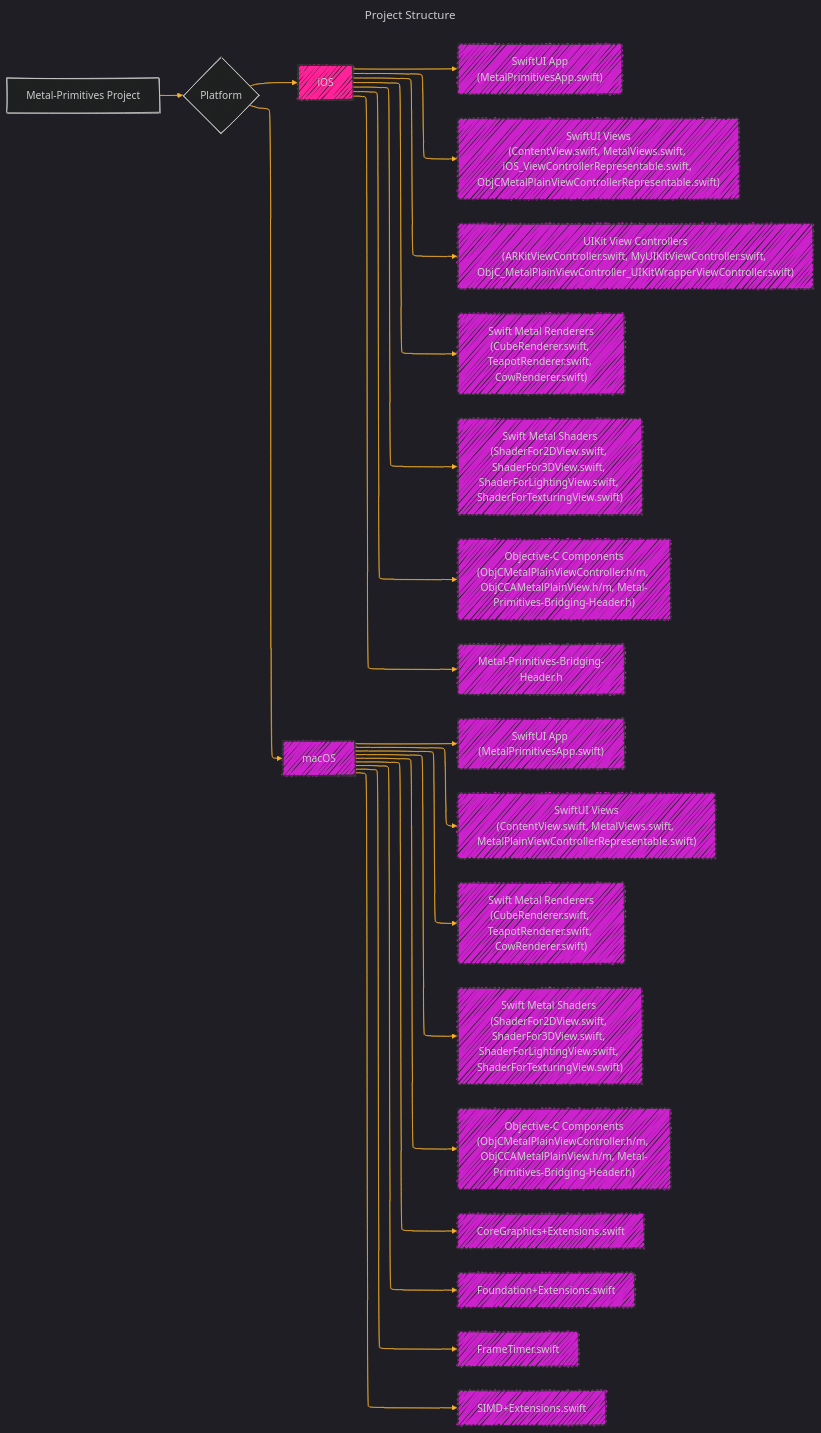
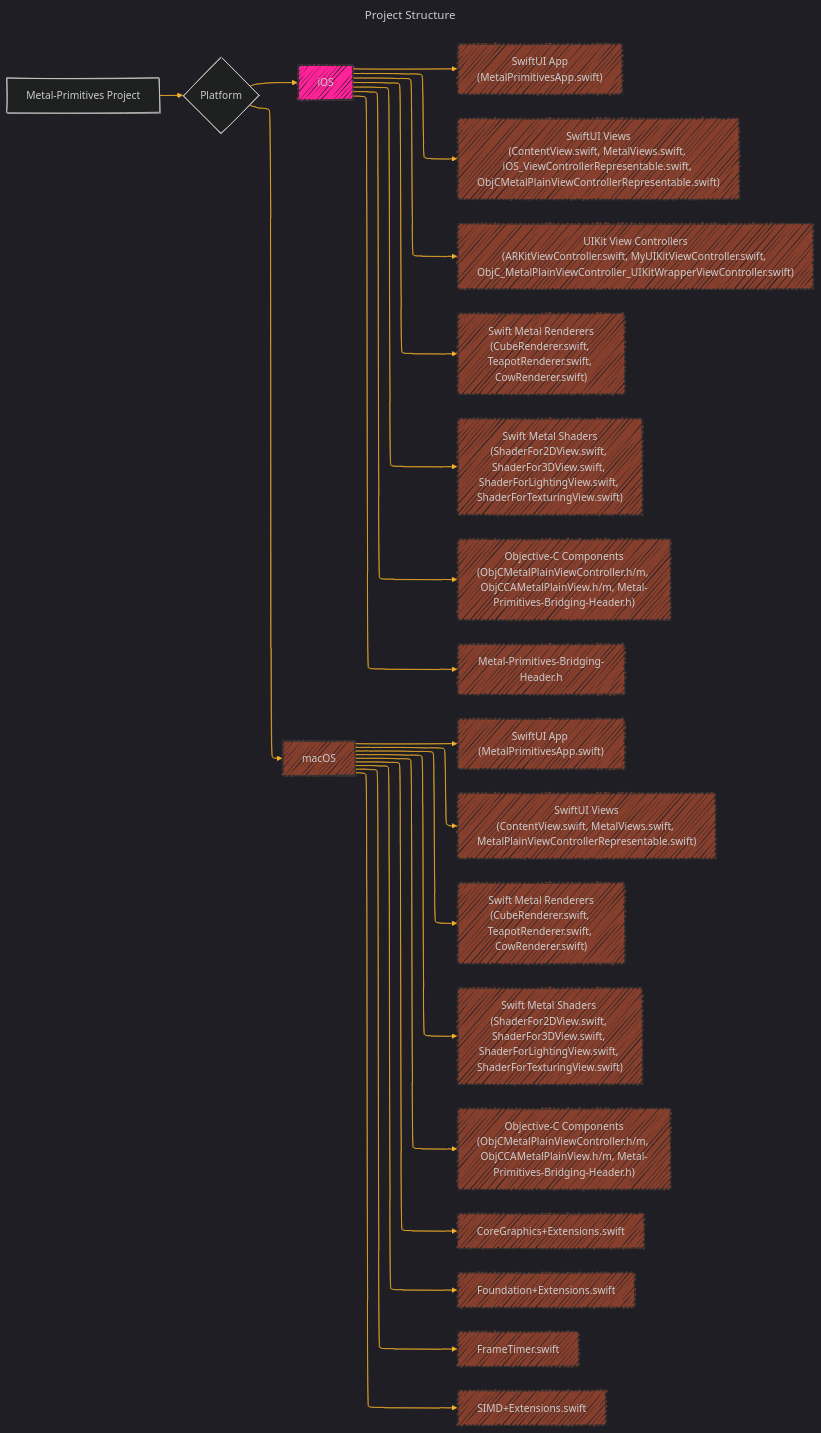
Before and after one commit to CongLeSolutionX/Metal-Primitives: the first of 8 diagrams in Documentation_Consolidated_Version_Draft_2.md, drawn with Mermaid.

````diff
--- a/Documentation_Consolidated_Version_Draft_2.md
+++ b/Documentation_Consolidated_Version_Draft_2.md
@@ -33,81 +33,81 @@
 ```mermaid
 ---
 title: Project Structure
 config:
   layout: elk
   look: handDrawn
   theme: dark
 ---
 %%{
   init: {
     'fontFamily': 'verdana',
     'themeVariables': {
       'primaryColor': '#BB2528',
       'primaryTextColor': '#f529',
       'primaryBorderColor': '#7C0000',
       'lineColor': '#F8B229',
       'secondaryColor': '#006100',
       'tertiaryColor': '#fff'
     }
   }
 }%%
 graph LR
     A["Metal-Primitives Project"] --> B{"Platform"}
     B --> C["iOS"]
     B --> D["macOS"]
 
     C --> E["SwiftUI App<br>(MetalPrimitivesApp.swift)"]
     C --> F["SwiftUI Views<br>(ContentView.swift, MetalViews.swift, iOS_ViewControllerRepresentable.swift, ObjCMetalPlainViewControllerRepresentable.swift)"]
     C --> G["UIKit View Controllers<br>(ARKitViewController.swift, MyUIKitViewController.swift, ObjC_MetalPlainViewController_UIKitWrapperViewController.swift)"]
     C --> H["Swift Metal Renderers<br>(CubeRenderer.swift, TeapotRenderer.swift, CowRenderer.swift)"]
     C --> I["Swift Metal Shaders<br>(ShaderFor2DView.swift, ShaderFor3DView.swift, ShaderForLightingView.swift, ShaderForTexturingView.swift)"]
     C --> J["Objective-C Components<br>(ObjCMetalPlainViewController.h/m, ObjCCAMetalPlainView.h/m, Metal-Primitives-Bridging-Header.h)"]
     C --> K[Metal-Primitives-Bridging-Header.h]
 
     D --> L["SwiftUI App (MetalPrimitivesApp.swift)"]
     D --> M["SwiftUI Views<br>(ContentView.swift, MetalViews.swift, MetalPlainViewControllerRepresentable.swift)"]
     D --> N["Swift Metal Renderers<br>(CubeRenderer.swift, TeapotRenderer.swift, CowRenderer.swift)"]
     D --> O["Swift Metal Shaders (ShaderFor2DView.swift, ShaderFor3DView.swift, ShaderForLightingView.swift, ShaderForTexturingView.swift)"]
     D --> P["Objective-C Components<br>(ObjCMetalPlainViewController.h/m, ObjCCAMetalPlainView.h/m, Metal-Primitives-Bridging-Header.h)"]
     D --> Q["CoreGraphics+Extensions.swift"]
     D --> R["Foundation+Extensions.swift"]
     D --> S["FrameTimer.swift"]
     D --> T["SIMD+Extensions.swift"]
 
     style C fill:#f29f,stroke:#333,stroke-width:2px
-    style D fill:#c2cf,stroke:#333,stroke-width:2px
-    style E fill:#c2cf,stroke:#333,stroke-width:1px
-    style F fill:#c2cf,stroke:#333,stroke-width:1px
-    style G fill:#c2cf,stroke:#333,stroke-width:1px
-    style H fill:#c2cf,stroke:#333,stroke-width:1px
-    style I fill:#c2cf,stroke:#333,stroke-width:1px
-    style J fill:#c2cf,stroke:#333,stroke-width:1px
-    style K fill:#c2cf,stroke:#333,stroke-width:1px
-    style L fill:#c2cf,stroke:#333,stroke-width:1px
-    style M fill:#c2cf,stroke:#333,stroke-width:1px
-    style N fill:#c2cf,stroke:#333,stroke-width:1px
-    style O fill:#c2cf,stroke:#333,stroke-width:1px
-    style P fill:#c2cf,stroke:#333,stroke-width:1px
-    style Q fill:#c2cf,stroke:#333,stroke-width:1px
-    style R fill:#c2cf,stroke:#333,stroke-width:1px
-    style S fill:#c2cf,stroke:#333,stroke-width:1px
-    style T fill:#c2cf,stroke:#333,stroke-width:1px
+    style D fill:#c539,stroke:#333,stroke-width:2px
+    style E fill:#c539,stroke:#333,stroke-width:1px
+    style F fill:#c539,stroke:#333,stroke-width:1px
+    style G fill:#c539,stroke:#333,stroke-width:1px
+    style H fill:#c539,stroke:#333,stroke-width:1px
+    style I fill:#c539,stroke:#333,stroke-width:1px
+    style J fill:#c539,stroke:#333,stroke-width:1px
+    style K fill:#c539,stroke:#333,stroke-width:1px
+    style L fill:#c539,stroke:#333,stroke-width:1px
+    style M fill:#c539,stroke:#333,stroke-width:1px
+    style N fill:#c539,stroke:#333,stroke-width:1px
+    style O fill:#c539,stroke:#333,stroke-width:1px
+    style P fill:#c539,stroke:#333,stroke-width:1px
+    style Q fill:#c539,stroke:#333,stroke-width:1px
+    style R fill:#c539,stroke:#333,stroke-width:1px
+    style S fill:#c539,stroke:#333,stroke-width:1px
+    style T fill:#c539,stroke:#333,stroke-width:1px
 
     click E "https://developer.apple.com/documentation/swiftui/app"
     click F "https://developer.apple.com/documentation/swiftui/viewrepresentable"
     click G "https://developer.apple.com/documentation/uikit/uiviewcontroller"
     click H "https://developer.apple.com/documentation/metal"
     click I "https://developer.apple.com/documentation/metal"
     click J "https://developer.apple.com/documentation/objectivec"
     click K "https://developer.apple.com/documentation/swift/using-swift-with-cocoa-and-objective-c"
     click L "https://developer.apple.com/documentation/swiftui/app"
     click M "https://developer.apple.com/documentation/swiftui/viewrepresentable"
     click N "https://developer.apple.com/documentation/metal"
     click O "https://developer.apple.com/documentation/metal"
     click P "https://developer.apple.com/documentation/objectivec"
     click Q "https://developer.apple.com/documentation/coregraphics"
     click R "https://developer.apple.com/documentation/foundation"
     click S "https://developer.apple.com/documentation/foundation/nstimer"
     click T "https://developer.apple.com/documentation/simd"
 
 ```
````
